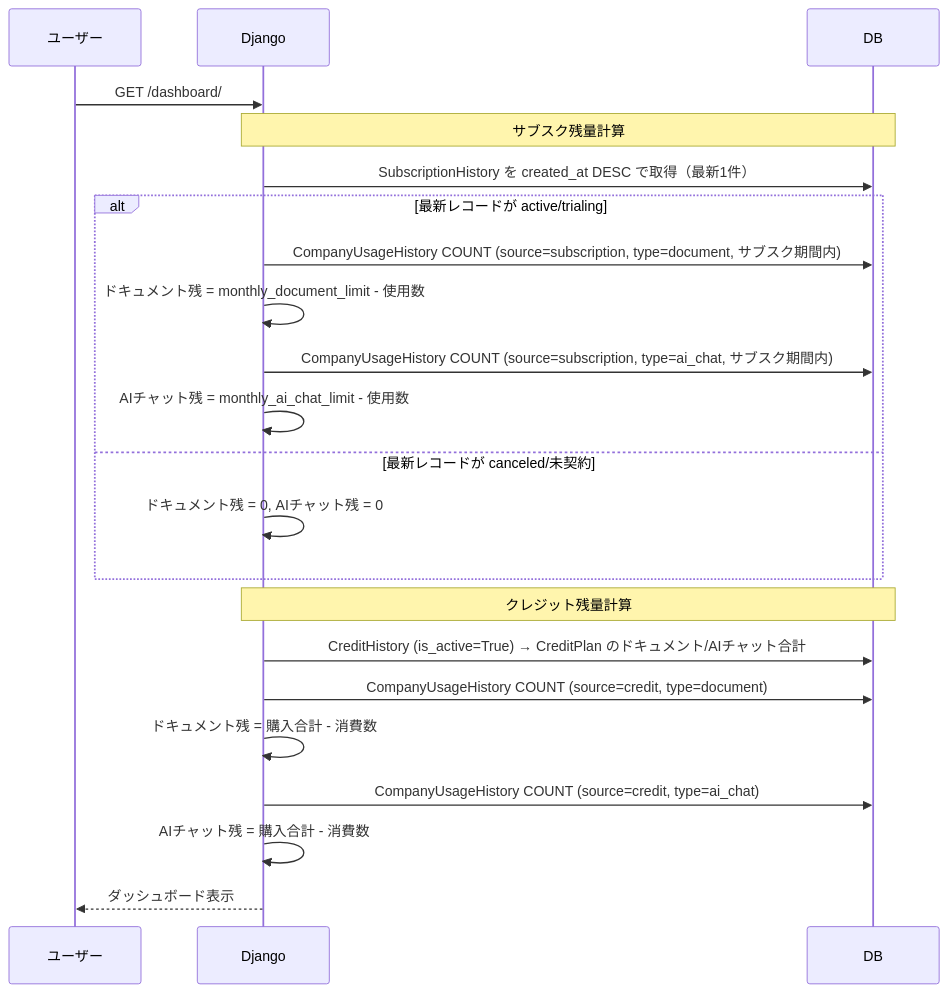
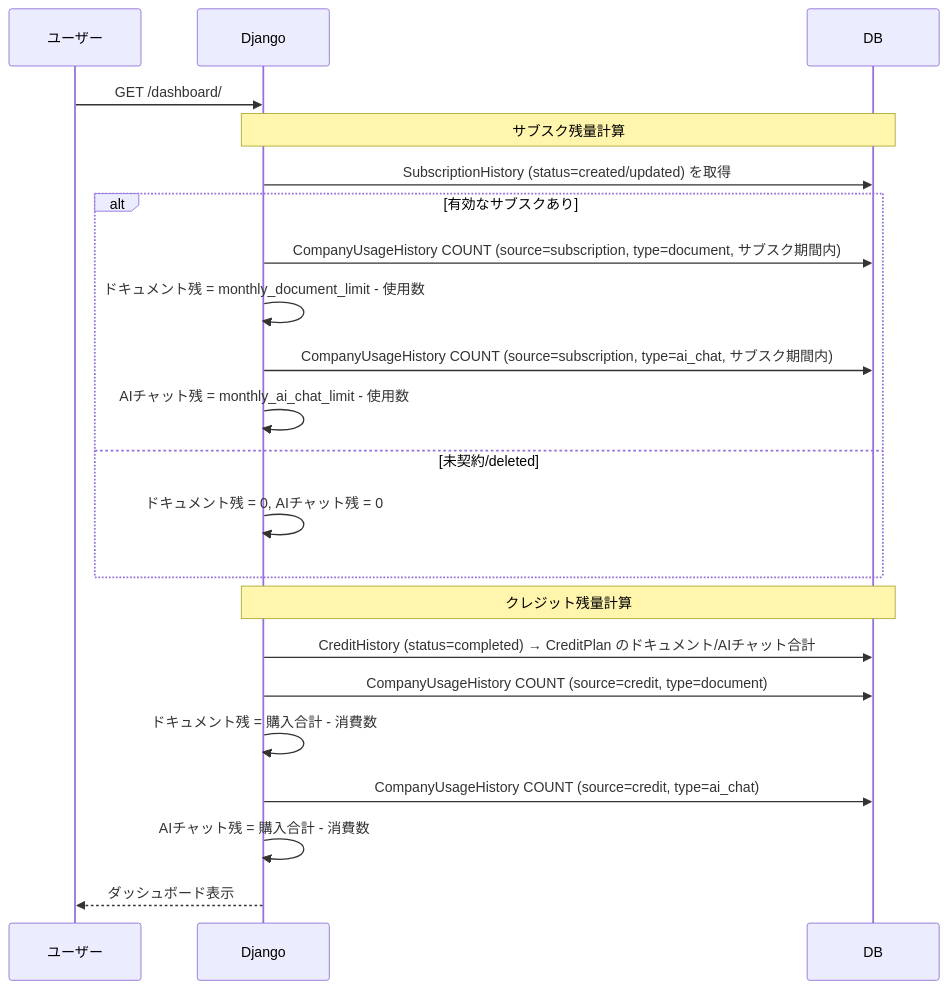
One commit to suzuki-tomok/payment-core changed the fourth of 4 diagrams in docs/sequence-diagram.md. Above: the diagram before and after it, drawn with Mermaid. The commit also changed other lines of this file and 25 other files, not shown here.

````diff
--- a/docs/sequence-diagram.md
+++ b/docs/sequence-diagram.md
@@ -142,30 +213,30 @@
 ```mermaid
 sequenceDiagram
     participant U as ユーザー
     participant D as Django
     participant DB as DB
 
     U->>D: GET /dashboard/
 
     Note over D,DB: サブスク残量計算
 
-    D->>DB: SubscriptionHistory を created_at DESC で取得（最新1件）
-    alt 最新レコードが active/trialing
+    D->>DB: SubscriptionHistory (status=created/updated) を取得
+    alt 有効なサブスクあり
         D->>DB: CompanyUsageHistory COUNT (source=subscription, type=document, サブスク期間内)
         D->>D: ドキュメント残 = monthly_document_limit - 使用数
         D->>DB: CompanyUsageHistory COUNT (source=subscription, type=ai_chat, サブスク期間内)
         D->>D: AIチャット残 = monthly_ai_chat_limit - 使用数
-    else 最新レコードが canceled/未契約
+    else 未契約/deleted
         D->>D: ドキュメント残 = 0, AIチャット残 = 0
     end
 
     Note over D,DB: クレジット残量計算
 
-    D->>DB: CreditHistory (is_active=True) → CreditPlan のドキュメント/AIチャット合計
+    D->>DB: CreditHistory (status=completed) → CreditPlan のドキュメント/AIチャット合計
     D->>DB: CompanyUsageHistory COUNT (source=credit, type=document)
     D->>D: ドキュメント残 = 購入合計 - 消費数
     D->>DB: CompanyUsageHistory COUNT (source=credit, type=ai_chat)
     D->>D: AIチャット残 = 購入合計 - 消費数
 
     D-->>U: ダッシュボード表示
 ```
````
